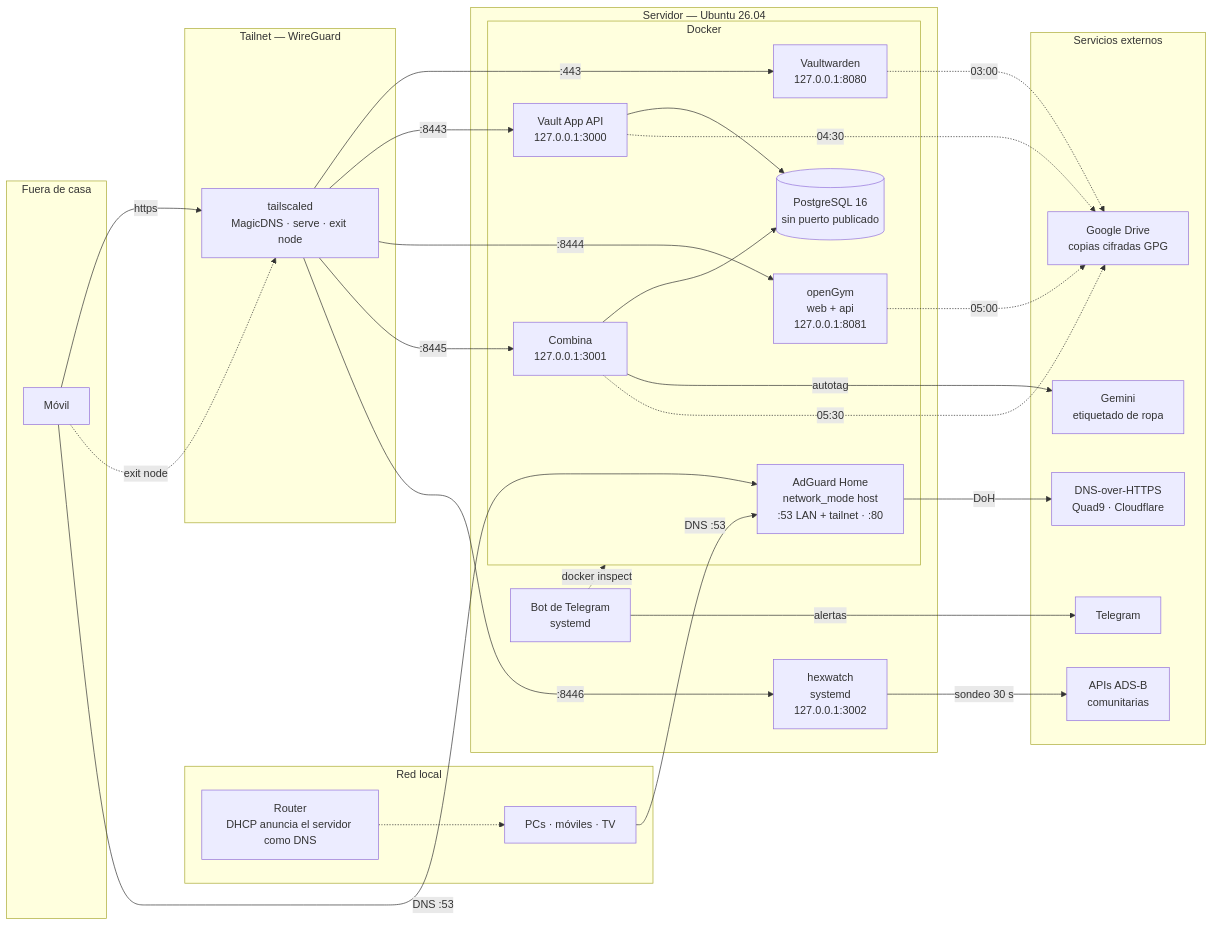
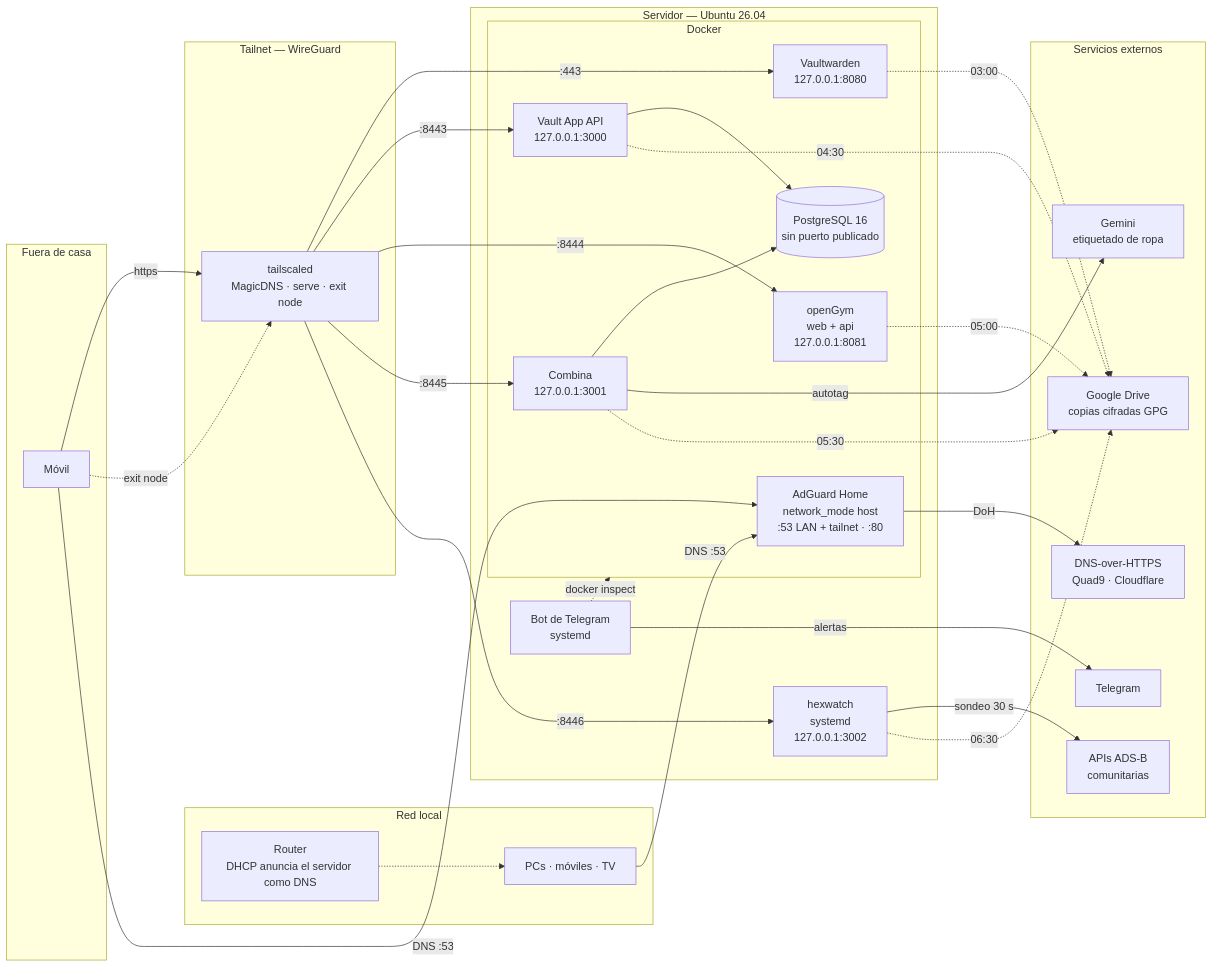
One commit to SaguadoDev/homelab changed the diagram in README.md. Above: the diagram before and after it, drawn with Mermaid. The commit also changed other lines of this file and 11 other files, not shown here.

````diff
--- a/README.md
+++ b/README.md
@@ -38,58 +38,59 @@
 ```mermaid
 flowchart LR
     subgraph fuera ["Fuera de casa"]
         movil["Móvil"]
     end
 
     subgraph lan ["Red local"]
         router["Router<br/>DHCP anuncia el servidor como DNS"]
         disp["PCs · móviles · TV"]
     end
 
     subgraph tailnet ["Tailnet — WireGuard"]
         tsd["tailscaled<br/>MagicDNS · serve · exit node"]
     end
 
     subgraph host ["Servidor — Ubuntu 26.04"]
         bot["Bot de Telegram<br/>systemd"]
         subgraph docker ["Docker"]
             adg["AdGuard Home<br/>network_mode host<br/>:53 LAN + tailnet · :80"]
             vw["Vaultwarden<br/>127.0.0.1:8080"]
             api["Vault App API<br/>127.0.0.1:3000"]
             pg[("PostgreSQL 16<br/>sin puerto publicado")]
             og["openGym<br/>web + api<br/>127.0.0.1:8081"]
             arm["Combina<br/>127.0.0.1:3001"]
         end
         hx["hexwatch<br/>systemd<br/>127.0.0.1:3002"]
     end
 
     subgraph ext ["Servicios externos"]
         gem["Gemini<br/>etiquetado de ropa"]
         doh["DNS-over-HTTPS<br/>Quad9 · Cloudflare"]
         drive["Google Drive<br/>copias cifradas GPG"]
         tg["Telegram"]
         adsb["APIs ADS-B<br/>comunitarias"]
     end
 
     movil -->|"https"| tsd
     movil -.->|"exit node"| tsd
     router -.-> disp
     disp -->|"DNS :53"| adg
     movil -->|"DNS :53"| adg
     tsd -->|":443"| vw
     tsd -->|":8443"| api
     tsd -->|":8444"| og
     tsd -->|":8445"| arm
     tsd -->|":8446"| hx
     api --> pg
     arm --> pg
     adg -->|"DoH"| doh
     arm -->|"autotag"| gem
     hx -->|"sondeo 30 s"| adsb
     bot -.->|"docker inspect"| docker
     bot -->|"alertas"| tg
     vw -.->|"03:00"| drive
     api -.->|"04:30"| drive
     og -.->|"05:00"| drive
     arm -.->|"05:30"| drive
+    hx -.->|"06:30"| drive
 ```
````
